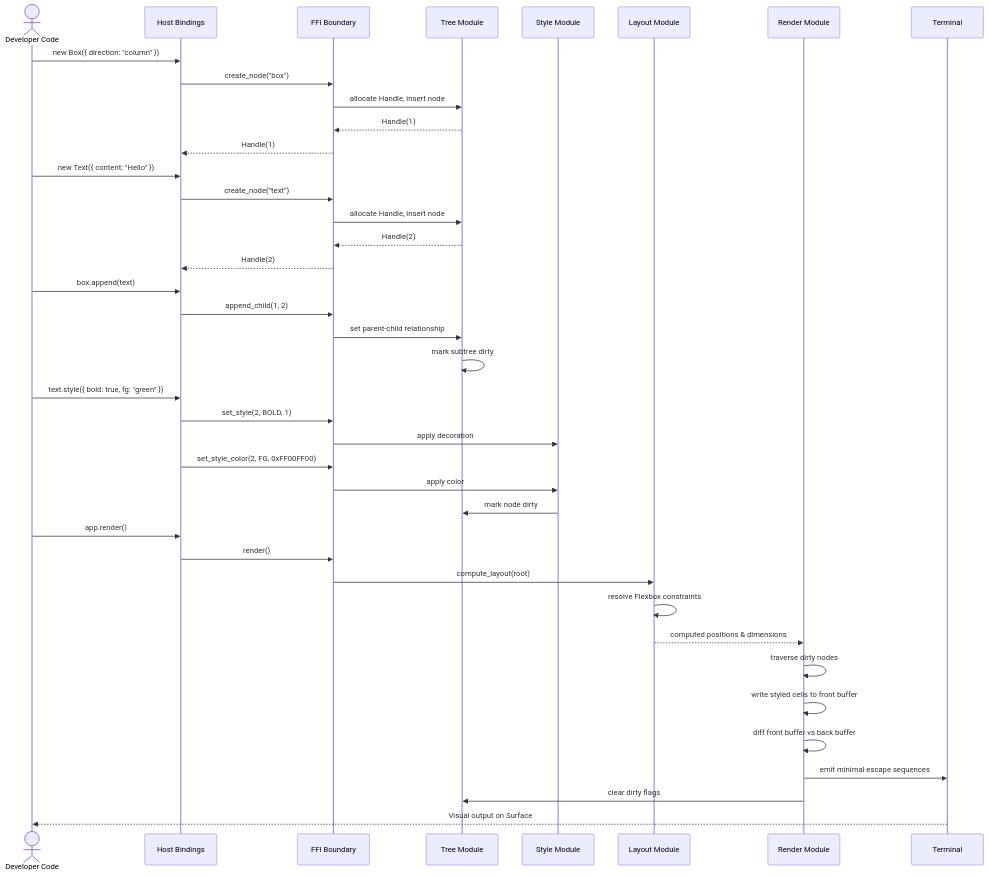
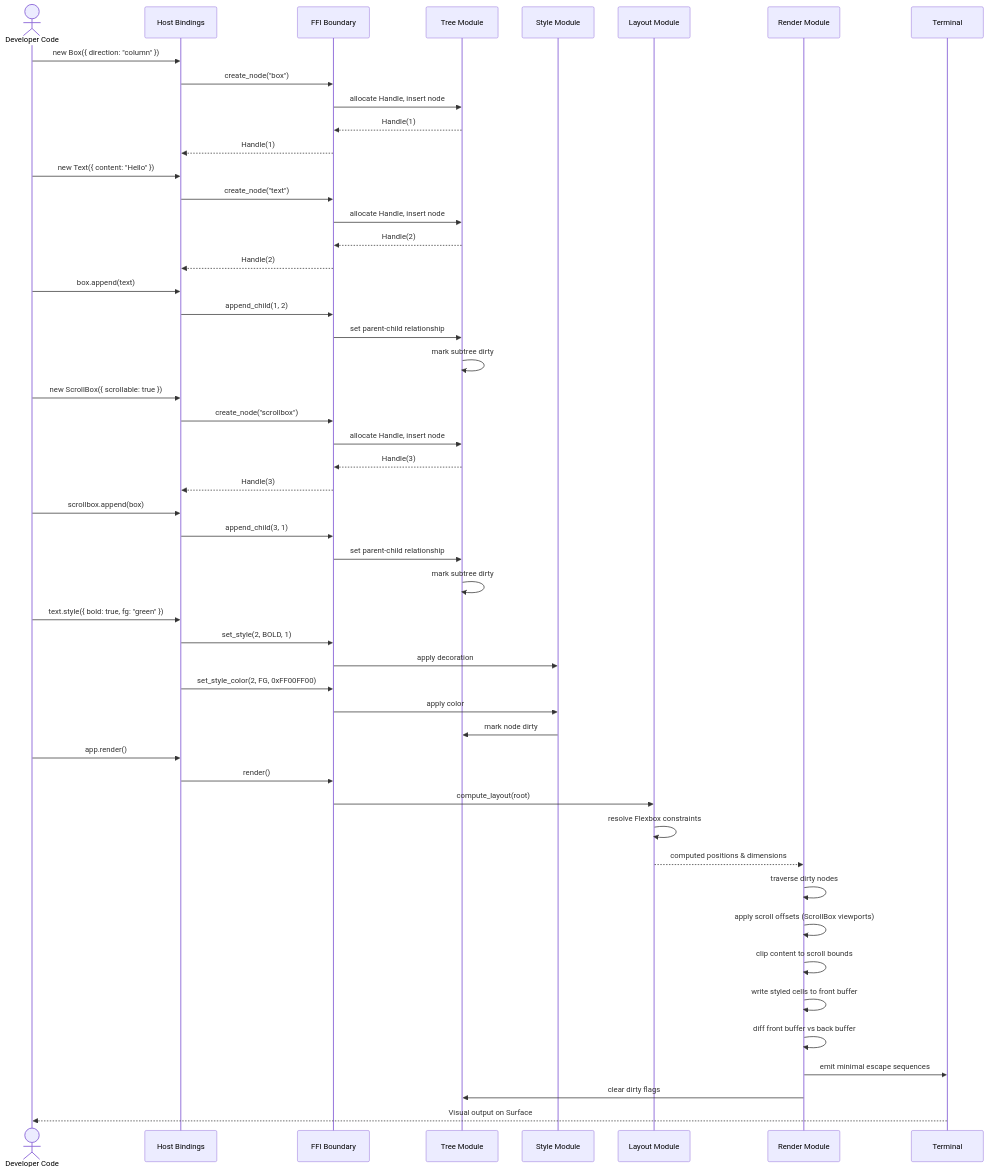
The second of 4 diagrams in docs/Architecture.md (openkraken-ai/kraken-tui), drawn with Mermaid before and after one commit. The commit also changed other lines of this file, not shown here.

First line of the commit message:
arch: align Architecture.md with PRD constraints and v0 scope

````diff
--- a/docs/Architecture.md
+++ b/docs/Architecture.md
@@ -146,47 +146,60 @@
 ```mermaid
 sequenceDiagram
     actor Dev as Developer Code
     participant Host as Host Bindings
     participant FFI as FFI Boundary
     participant Tree as Tree Module
     participant Style as Style Module
     participant Layout as Layout Module
     participant Render as Render Module
     participant Term as Terminal
 
     Dev->>Host: new Box({ direction: "column" })
     Host->>FFI: create_node("box")
     FFI->>Tree: allocate Handle, insert node
     Tree-->>FFI: Handle(1)
     FFI-->>Host: Handle(1)
 
     Dev->>Host: new Text({ content: "Hello" })
     Host->>FFI: create_node("text")
     FFI->>Tree: allocate Handle, insert node
     Tree-->>FFI: Handle(2)
     FFI-->>Host: Handle(2)
 
     Dev->>Host: box.append(text)
     Host->>FFI: append_child(1, 2)
     FFI->>Tree: set parent-child relationship
     Tree->>Tree: mark subtree dirty
 
+    Dev->>Host: new ScrollBox({ scrollable: true })
+    Host->>FFI: create_node("scrollbox")
+    FFI->>Tree: allocate Handle, insert node
+    Tree-->>FFI: Handle(3)
+    FFI-->>Host: Handle(3)
+
+    Dev->>Host: scrollbox.append(box)
+    Host->>FFI: append_child(3, 1)
+    FFI->>Tree: set parent-child relationship
+    Tree->>Tree: mark subtree dirty
+
     Dev->>Host: text.style({ bold: true, fg: "green" })
     Host->>FFI: set_style(2, BOLD, 1)
     FFI->>Style: apply decoration
     Host->>FFI: set_style_color(2, FG, 0xFF00FF00)
     FFI->>Style: apply color
     Style->>Tree: mark node dirty
 
     Dev->>Host: app.render()
     Host->>FFI: render()
     FFI->>Layout: compute_layout(root)
     Layout->>Layout: resolve Flexbox constraints
     Layout-->>Render: computed positions & dimensions
     Render->>Render: traverse dirty nodes
+    Render->>Render: apply scroll offsets (ScrollBox viewports)
+    Render->>Render: clip content to scroll bounds
     Render->>Render: write styled cells to front buffer
     Render->>Render: diff front buffer vs back buffer
     Render->>Term: emit minimal escape sequences
     Render->>Tree: clear dirty flags
     Term-->>Dev: Visual output on Surface
 ```
````
